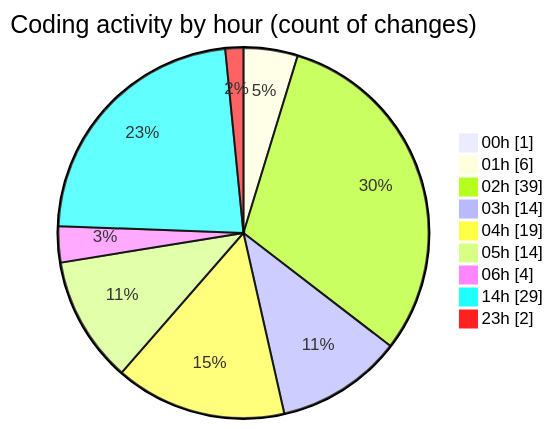
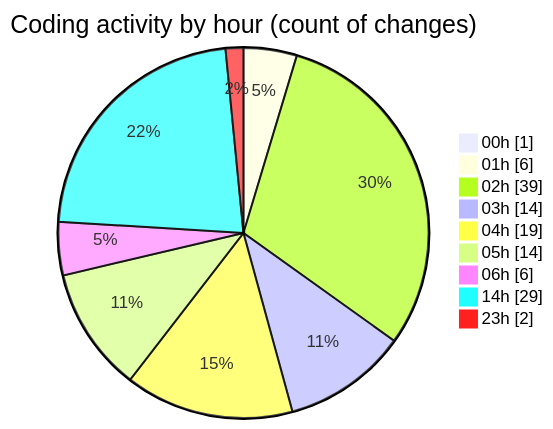
One commit to charlie-sans/code-tracking changed the second of 2 diagrams in 2025-02-19/masm/README.md. Above: the diagram before and after it, drawn with Mermaid. The commit also changed other lines of this file and 1 other file, not shown here.

````diff
--- a/2025-02-19/masm/README.md
+++ b/2025-02-19/masm/README.md
@@ -53,13 +53,13 @@
 ```mermaid
 pie showData
 title Coding activity by hour (count of changes)
 "00h" : 1
 "01h" : 6
 "02h" : 39
 "03h" : 14
 "04h" : 19
 "05h" : 14
-"06h" : 4
+"06h" : 6
 "14h" : 29
 "23h" : 2
 ```
````
